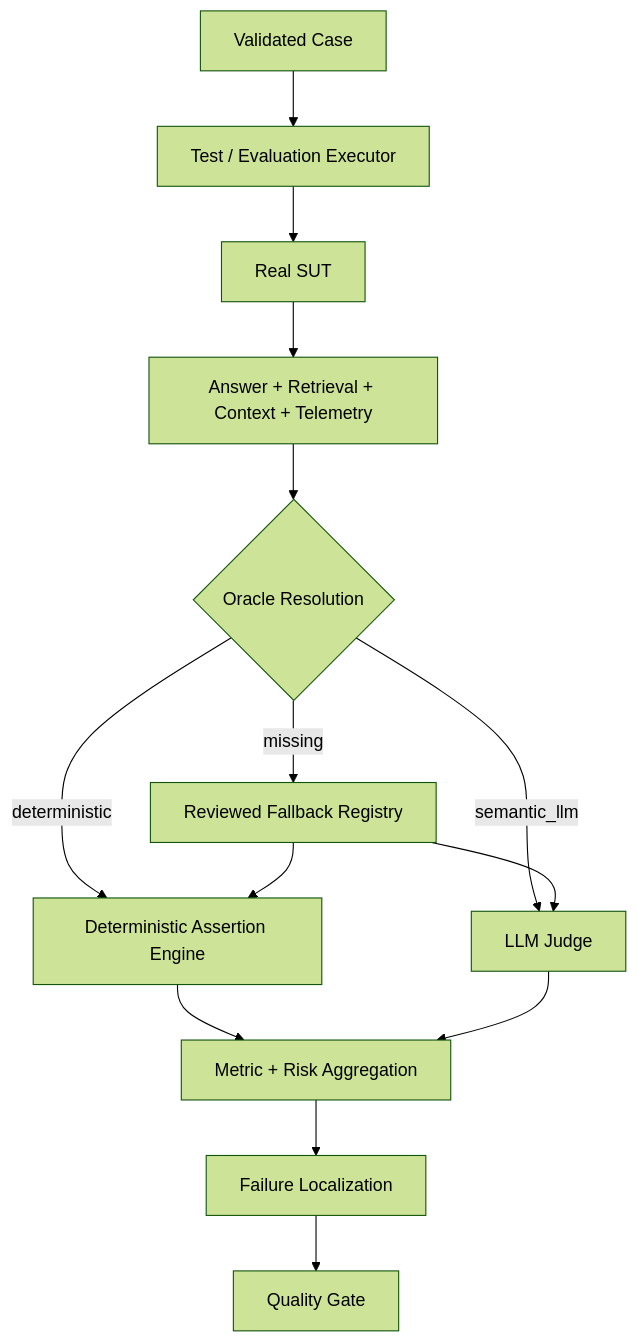
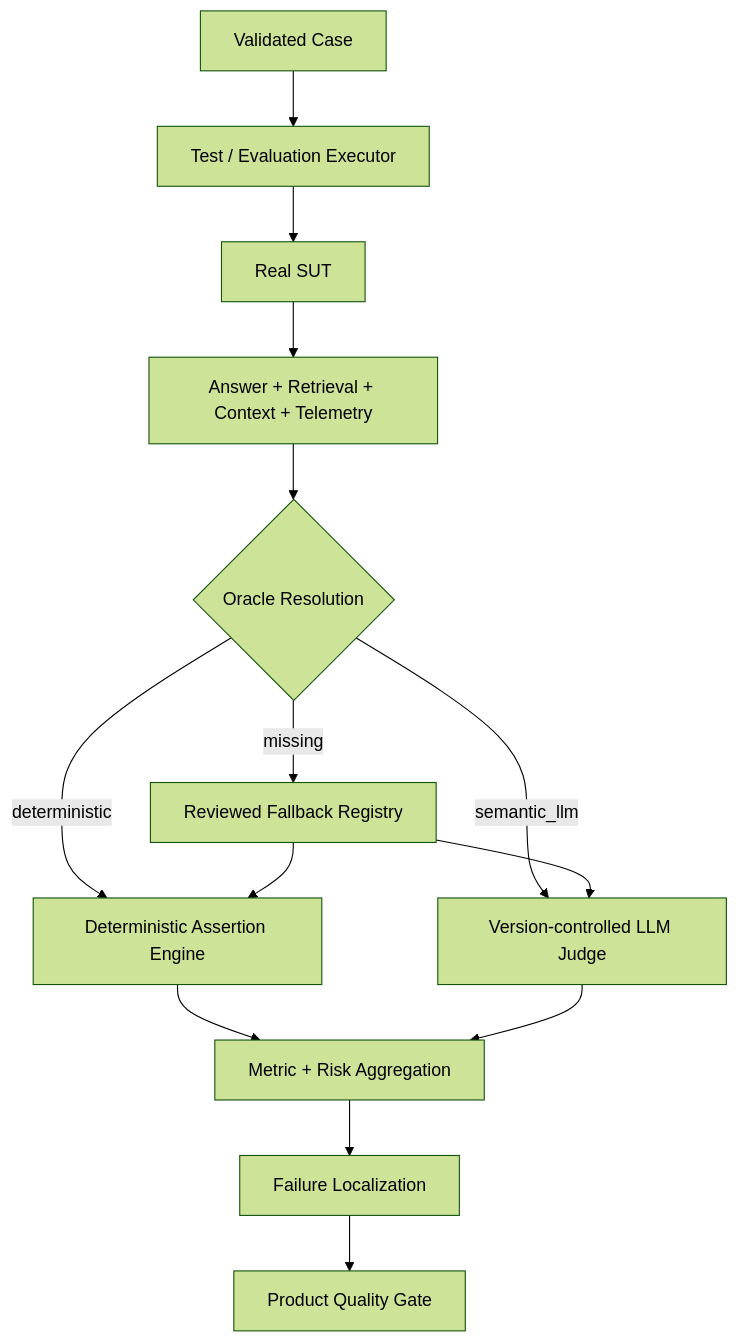
One commit to oleksandrserhieiev-beep/ai-qe-lab changed the third of 7 diagrams in docs/architecture.md. Above: the diagram before and after it, drawn with Mermaid (forest theme). The commit also changed other lines of this file, not shown here.

Commit message:
docs: add evaluator and Golden governance architecture

````diff
--- a/docs/architecture.md
+++ b/docs/architecture.md
@@ -202,16 +239,16 @@
 ```mermaid
 flowchart TD
     C[Validated Case] --> R[Test / Evaluation Executor]
     R --> S[Real SUT]
     S --> E[Answer + Retrieval + Context + Telemetry]
     E --> O{Oracle Resolution}
     O -->|deterministic| D[Deterministic Assertion Engine]
-    O -->|semantic_llm| J[LLM Judge]
+    O -->|semantic_llm| J[Version-controlled LLM Judge]
     O -->|missing| F[Reviewed Fallback Registry]
     F --> D
     F --> J
     D --> A[Metric + Risk Aggregation]
     J --> A
     A --> L[Failure Localization]
-    L --> G[Quality Gate]
+    L --> G[Product Quality Gate]
 ```
````
